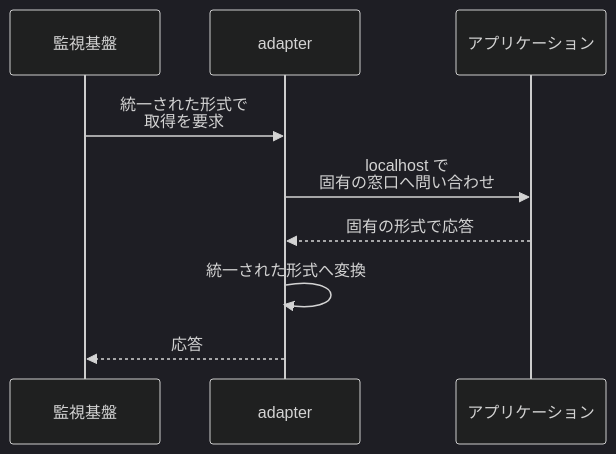
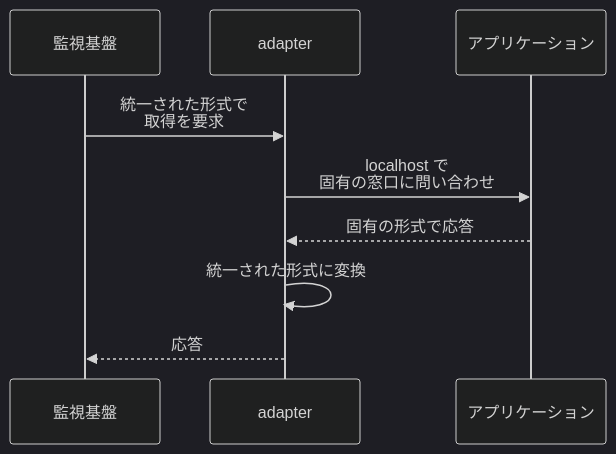
The third of 3 diagrams in content/notes/software-architecture/adapter/index.md (nao1215/debimate), drawn with Mermaid (dark theme) before and after one commit. The commit also changed other lines of this file and 46 other files, not shown here.

````diff
--- a/content/notes/software-architecture/adapter/index.md
+++ b/content/notes/software-architecture/adapter/index.md
@@ -90,11 +90,11 @@
 ```mermaid
 sequenceDiagram
     participant M as 監視基盤
     participant D as adapter
     participant A as アプリケーション
     M->>D: 統一された形式で<br/>取得を要求
-    D->>A: localhost で<br/>固有の窓口へ問い合わせ
+    D->>A: localhost で<br/>固有の窓口に問い合わせ
     A-->>D: 固有の形式で応答
-    D->>D: 統一された形式へ変換
+    D->>D: 統一された形式に変換
     D-->>M: 応答
 ```
````
